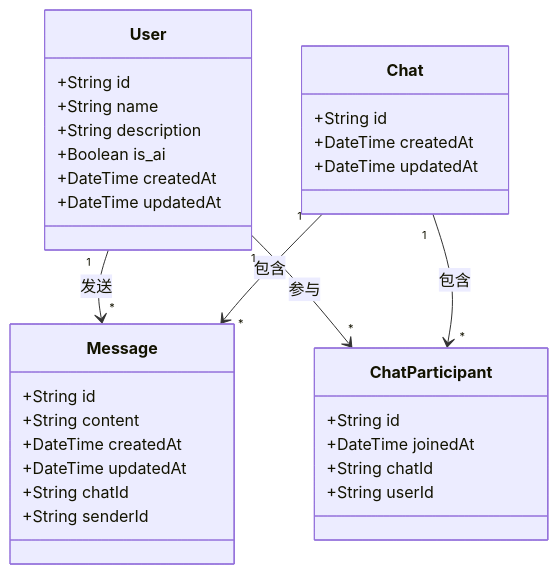
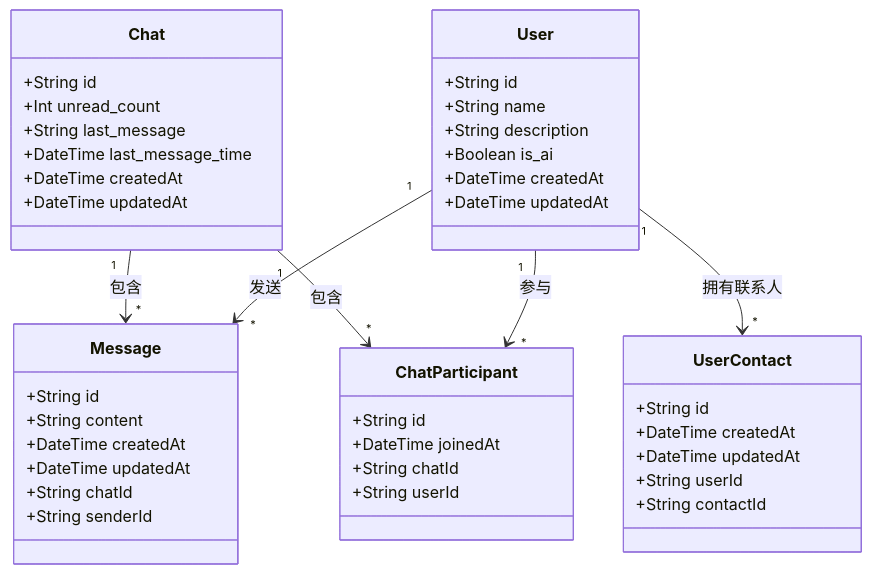
One commit to guixin-ai/guixin changed the second of 2 diagrams in apps/client/src-tauri/prisma/schema.md. Above: the diagram before and after it, drawn with Mermaid. The commit also changed other lines of this file and 13 other files, not shown here.

````diff
--- a/apps/client/src-tauri/prisma/schema.md
+++ b/apps/client/src-tauri/prisma/schema.md
@@ -50,38 +62,50 @@
 ```mermaid
 classDiagram
     User "1" --> "*" Message : 发送
     User "1" --> "*" ChatParticipant : 参与
+    User "1" --> "*" UserContact : 拥有联系人
     Chat "1" --> "*" ChatParticipant : 包含
     Chat "1" --> "*" Message : 包含
 
     class User {
         +String id
         +String name
         +String description
         +Boolean is_ai
         +DateTime createdAt
         +DateTime updatedAt
     }
 
+    class UserContact {
+        +String id
+        +DateTime createdAt
+        +DateTime updatedAt
+        +String userId
+        +String contactId
+    }
+
     class Chat {
         +String id
+        +Int unread_count
+        +String last_message
+        +DateTime last_message_time
         +DateTime createdAt
         +DateTime updatedAt
     }
 
     class ChatParticipant {
         +String id
         +DateTime joinedAt
         +String chatId
         +String userId
     }
 
     class Message {
         +String id
         +String content
         +DateTime createdAt
         +DateTime updatedAt
         +String chatId
         +String senderId
     }
 ```
````
